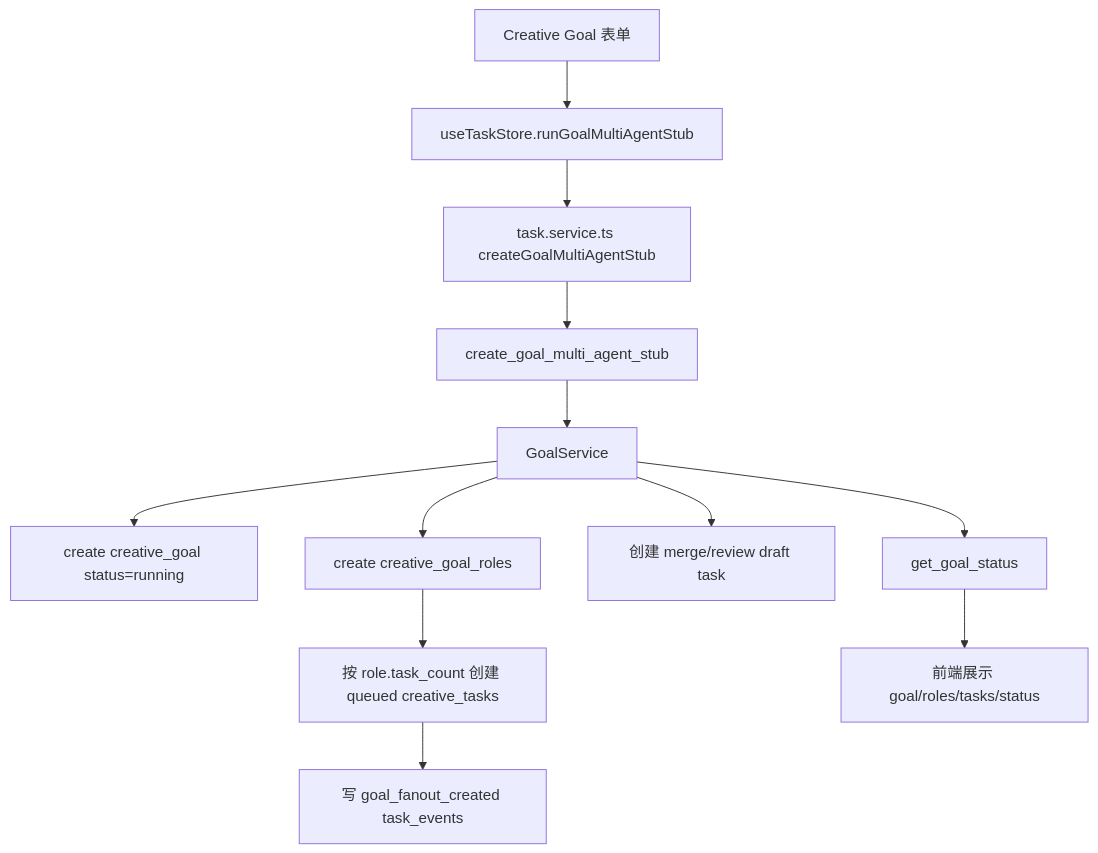
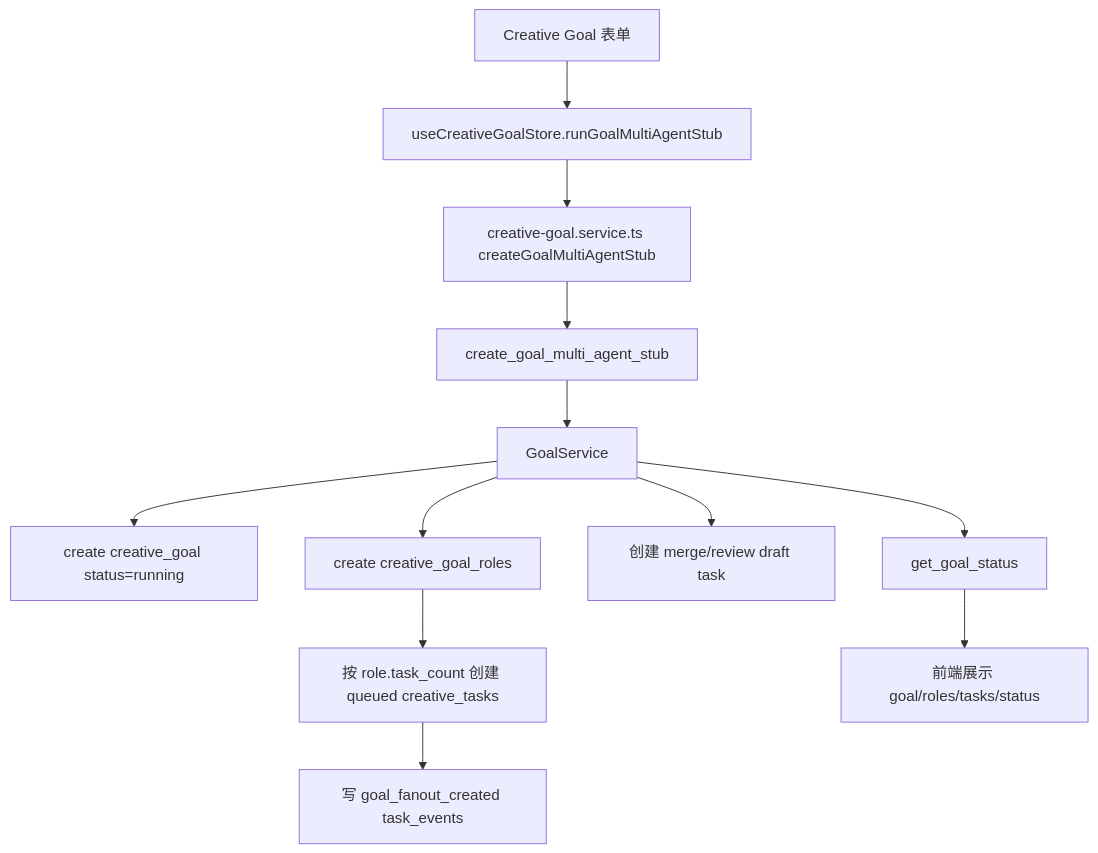
Before and after one commit to MonsterXiong/monster-workbench: the ninth of 11 diagrams in docs/architecture-current-state.md, drawn with Mermaid. The commit also changed other lines of this file and 1 other file, not shown here.

````diff
--- a/docs/architecture-current-state.md
+++ b/docs/architecture-current-state.md
@@ -824,14 +840,14 @@
 ```mermaid
 flowchart TB
-  UI["Creative Goal 表单"] --> Store["useTaskStore.runGoalMultiAgentStub"]
-  Store --> Service["task.service.ts createGoalMultiAgentStub"]
+  UI["Creative Goal 表单"] --> Store["useCreativeGoalStore.runGoalMultiAgentStub"]
+  Store --> Service["creative-goal.service.ts createGoalMultiAgentStub"]
   Service --> Command["create_goal_multi_agent_stub"]
   Command --> GoalSvc["GoalService"]
   GoalSvc --> Goal["create creative_goal status=running"]
   GoalSvc --> Roles["create creative_goal_roles"]
   Roles --> Fanout["按 role.task_count 创建 queued creative_tasks"]
   Fanout --> Events["写 goal_fanout_created task_events"]
   GoalSvc --> Merge["创建 merge/review draft task"]
   GoalSvc --> Snapshot["get_goal_status"]
   Snapshot --> UIState["前端展示 goal/roles/tasks/status"]
 ```
````
